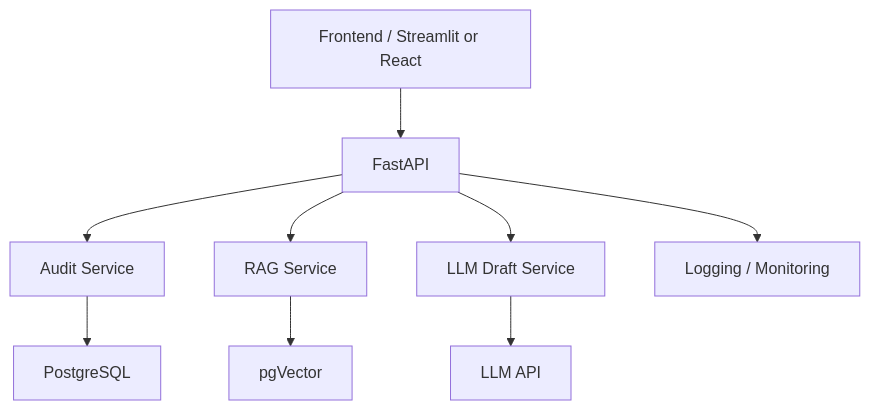
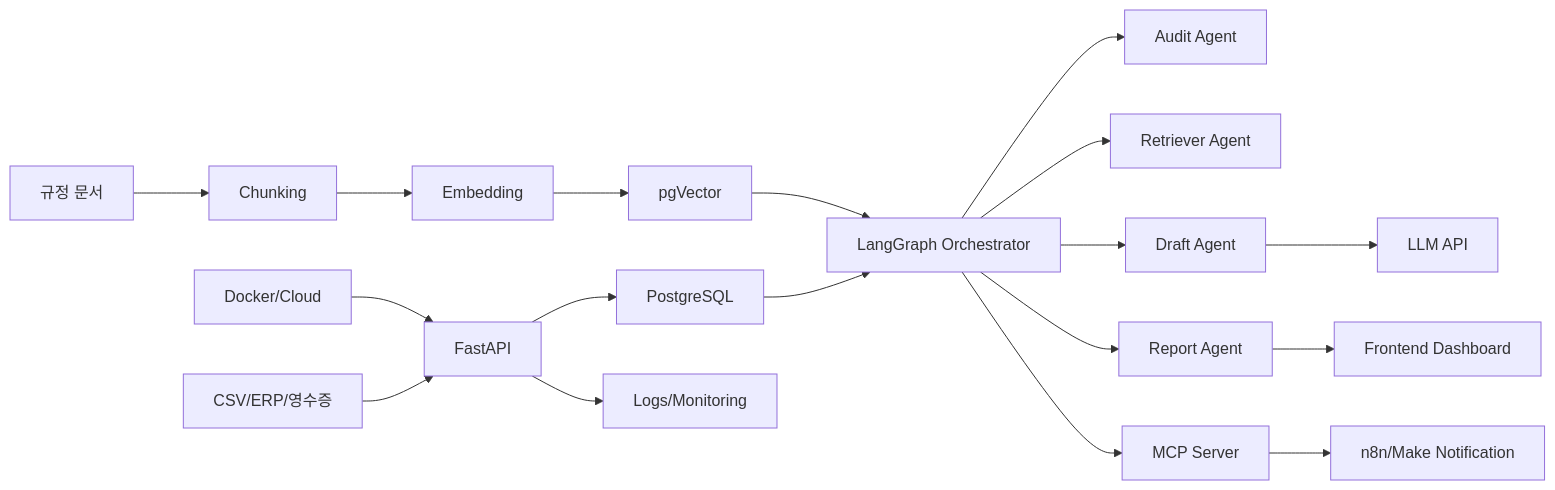
The second of 4 diagrams in .claude/plans/06-아키텍처설계서.md (wooya27/Cost_Manager), drawn with Mermaid before and after one commit. The commit also changed other lines of this file and 9 other files, not shown here.

````diff
--- a/.claude/plans/06-아키텍처설계서.md
+++ b/.claude/plans/06-아키텍처설계서.md
@@ -39,11 +56,20 @@
 ```mermaid
-flowchart TD
-    A[Frontend / Streamlit or React] --> B[FastAPI]
-    B --> C[Audit Service]
-    B --> D[RAG Service]
-    B --> E[LLM Draft Service]
-    C --> F[PostgreSQL]
-    D --> G[pgVector]
-    E --> H[LLM API]
-    B --> I[Logging / Monitoring]
+flowchart LR
+    A[CSV/ERP/영수증] --> B[FastAPI]
+    B --> C[PostgreSQL]
+    D[규정 문서] --> E[Chunking]
+    E --> F[Embedding]
+    F --> G[pgVector]
+    C --> H[LangGraph Orchestrator]
+    G --> H
+    H --> I[Audit Agent]
+    H --> J[Retriever Agent]
+    H --> K[Draft Agent]
+    H --> L[Report Agent]
+    K --> M[LLM API]
+    L --> N[Frontend Dashboard]
+    H --> O[MCP Server]
+    O --> P[n8n/Make Notification]
+    B --> Q[Logs/Monitoring]
+    R[Docker/Cloud] --> B
 ```
````
